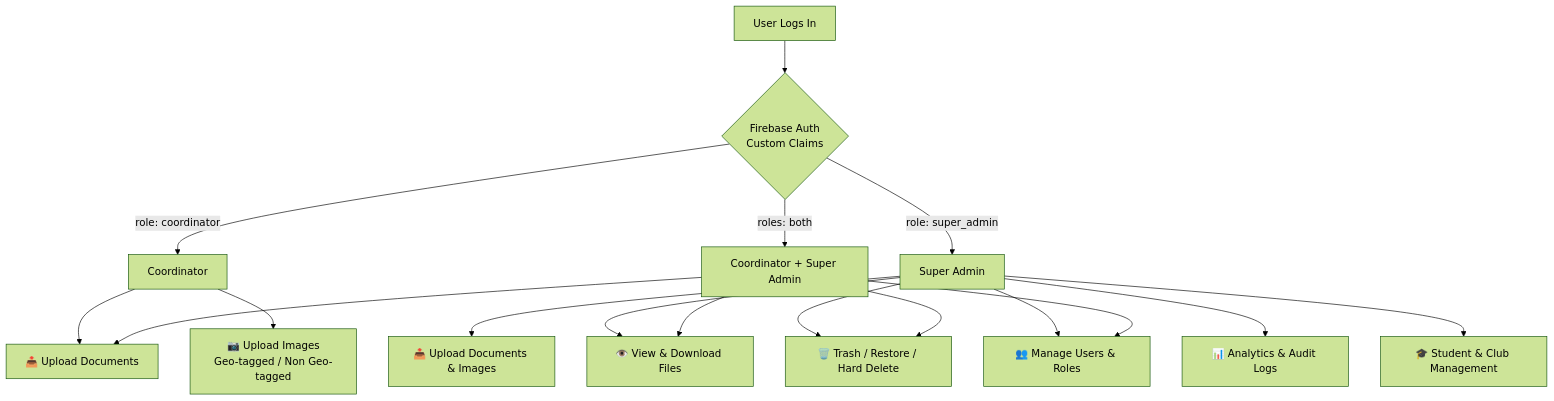
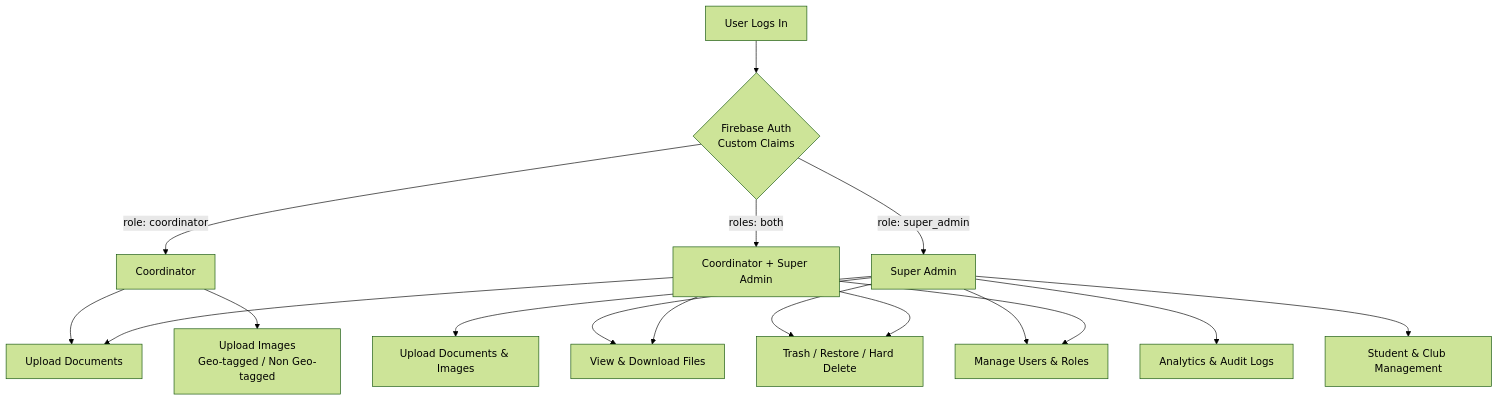
The second of 7 diagrams in README.md (MRINALPRAKASHFSD/Induction-Program), drawn with Mermaid (forest theme) before and after one commit. The commit also changed other lines of this file, not shown here.

````diff
--- a/README.md
+++ b/README.md
@@ -72,22 +72,22 @@
 ```mermaid
 graph TD
     A[User Logs In] --> B{Firebase Auth\nCustom Claims}
     B -->|role: coordinator| C[Coordinator]
     B -->|role: super_admin| D[Super Admin]
     B -->|roles: both| E[Coordinator + Super Admin]
 
-    C --> C1[📤 Upload Documents]
-    C --> C2[📷 Upload Images\nGeo-tagged / Non Geo-tagged]
+    C --> C1[Upload Documents]
+    C --> C2[Upload Images\nGeo-tagged / Non Geo-tagged]
 
-    D --> D1[📤 Upload Documents & Images]
-    D --> D2[👁️ View & Download Files]
-    D --> D3[🗑️ Trash / Restore / Hard Delete]
-    D --> D4[👥 Manage Users & Roles]
-    D --> D5[📊 Analytics & Audit Logs]
-    D --> D6[🎓 Student & Club Management]
+    D --> D1[Upload Documents & Images]
+    D --> D2[View & Download Files]
+    D --> D3[Trash / Restore / Hard Delete]
+    D --> D4[Manage Users & Roles]
+    D --> D5[Analytics & Audit Logs]
+    D --> D6[Student & Club Management]
 
     E --> C1
     E --> D2
     E --> D3
     E --> D4
 ```
````
